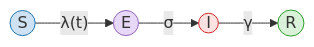
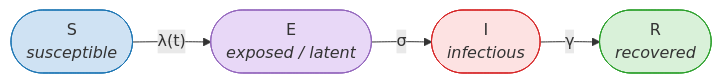
Before and after one commit to tasnim-mafiz/lorentz_center_workshop: the fifth of 8 diagrams in assets/presentations/intro_idm_for_survival.qmd, drawn with Mermaid. The commit also changed other lines of this file, not shown here.

````diff
--- a/assets/presentations/intro_idm_for_survival.qmd
+++ b/assets/presentations/intro_idm_for_survival.qmd
@@ -493,15 +378,11 @@
 ```{mermaid}
 %%| fig-width: 10
 flowchart LR
-  S((S)) -->|"&lambda;(t)"| E((E))
-  E -->|"&sigma;"| I((I))
-  I -->|"&gamma;"| R((R))
+  S(["S\n<i>susceptible</i>"]):::s -->|"λ(t)"| E(["E\n<i>exposed / latent</i>"]):::e
+  E -->|"σ"| I(["I\n<i>infectious</i>"]):::i
+  I -->|"γ"| R(["R\n<i>recovered</i>"]):::r
   classDef s fill:#cfe2f3,stroke:#1f77b4
   classDef e fill:#e8d8f7,stroke:#9467bd
   classDef i fill:#fde2e2,stroke:#d62728
   classDef r fill:#d9f1d9,stroke:#2ca02c
-  class S s
-  class E e
-  class I i
-  class R r
 ```
````
